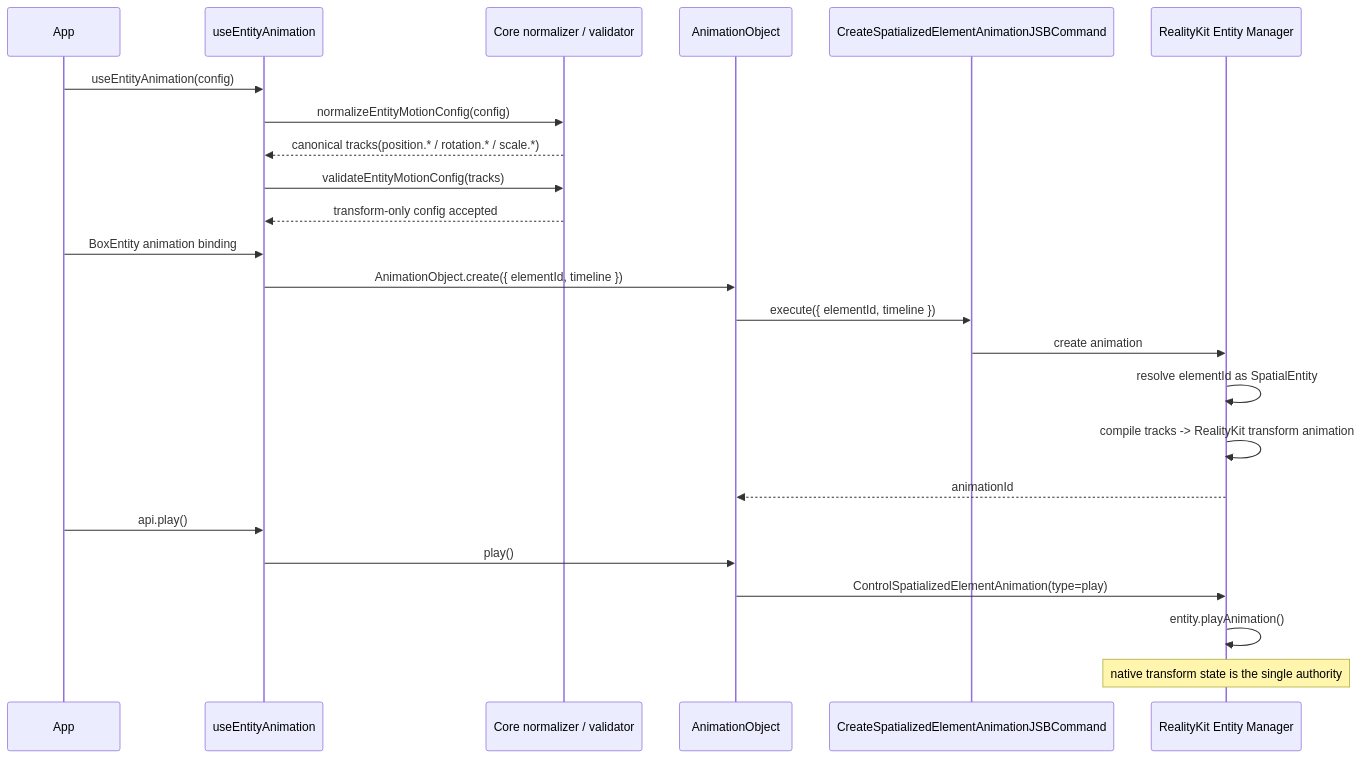
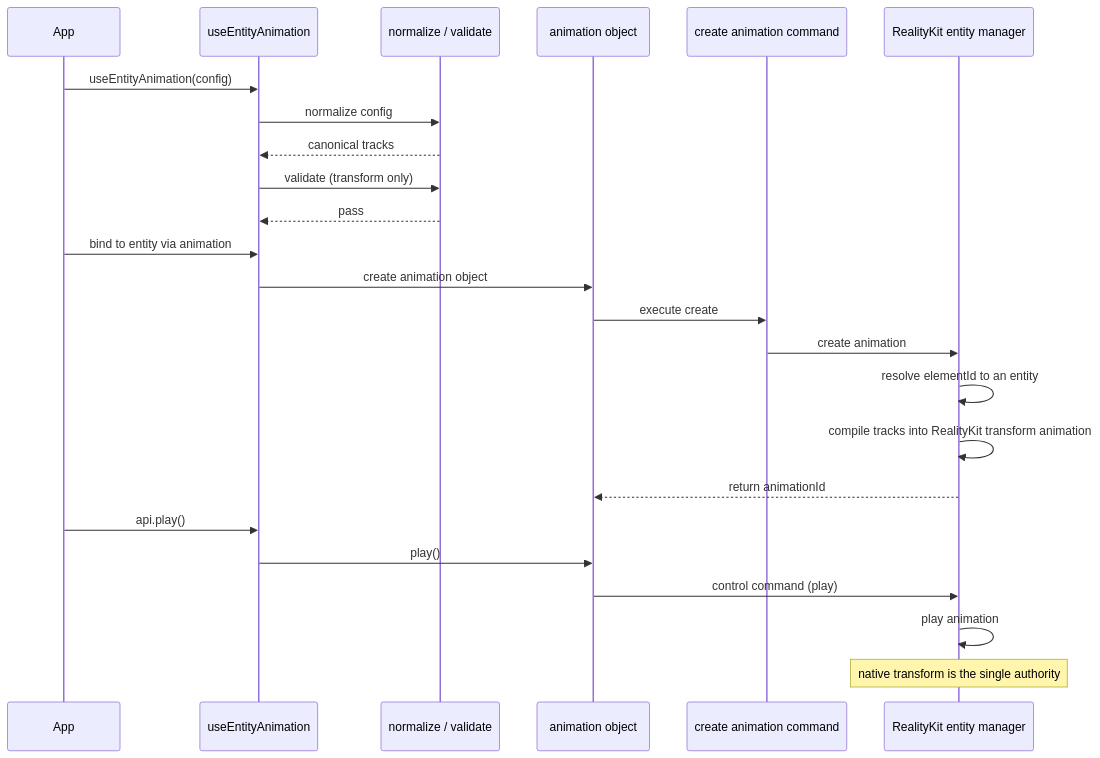
The second of 11 diagrams in openspec/changes/redesign-entity-motion-api/design.md (webspatial/webspatial-sdk), drawn with Mermaid before and after one commit. The commit also changed other lines of this file and 7 other files, not shown here.

````diff
--- a/openspec/changes/redesign-entity-motion-api/design.md
+++ b/openspec/changes/redesign-entity-motion-api/design.md
@@ -232,27 +290,27 @@
 ```mermaid
 sequenceDiagram
-    participant App
+    participant App as App
     participant Hook as useEntityAnimation
-    participant Core as Core normalizer / validator
-    participant Obj as AnimationObject
-    participant JSB as CreateSpatializedElementAnimationJSBCommand
-    participant Native as RealityKit Entity Manager
+    participant Core as normalize / validate
+    participant Obj as animation object
+    participant JSB as create animation command
+    participant Native as RealityKit entity manager
 
     App->>Hook: useEntityAnimation(config)
-    Hook->>Core: normalizeEntityMotionConfig(config)
-    Core-->>Hook: canonical tracks(position.* / rotation.* / scale.*)
-    Hook->>Core: validateEntityMotionConfig(tracks)
-    Core-->>Hook: transform-only config accepted
-    App->>Hook: BoxEntity animation binding
-    Hook->>Obj: AnimationObject.create({ elementId, timeline })
-    Obj->>JSB: execute({ elementId, timeline })
+    Hook->>Core: normalize config
+    Core-->>Hook: canonical tracks
+    Hook->>Core: validate (transform only)
+    Core-->>Hook: pass
+    App->>Hook: bind to entity via animation
+    Hook->>Obj: create animation object
+    Obj->>JSB: execute create
     JSB->>Native: create animation
-    Native->>Native: resolve elementId as SpatialEntity
-    Native->>Native: compile tracks -> RealityKit transform animation
-    Native-->>Obj: animationId
+    Native->>Native: resolve elementId to an entity
+    Native->>Native: compile tracks into RealityKit transform animation
+    Native-->>Obj: return animationId
     App->>Hook: api.play()
     Hook->>Obj: play()
-    Obj->>Native: ControlSpatializedElementAnimation(type=play)
-    Native->>Native: entity.playAnimation()
-    Note over Native: native transform state is the single authority
+    Obj->>Native: control command (play)
+    Native->>Native: play animation
+    Note over Native: native transform is the single authority
 ```
````
